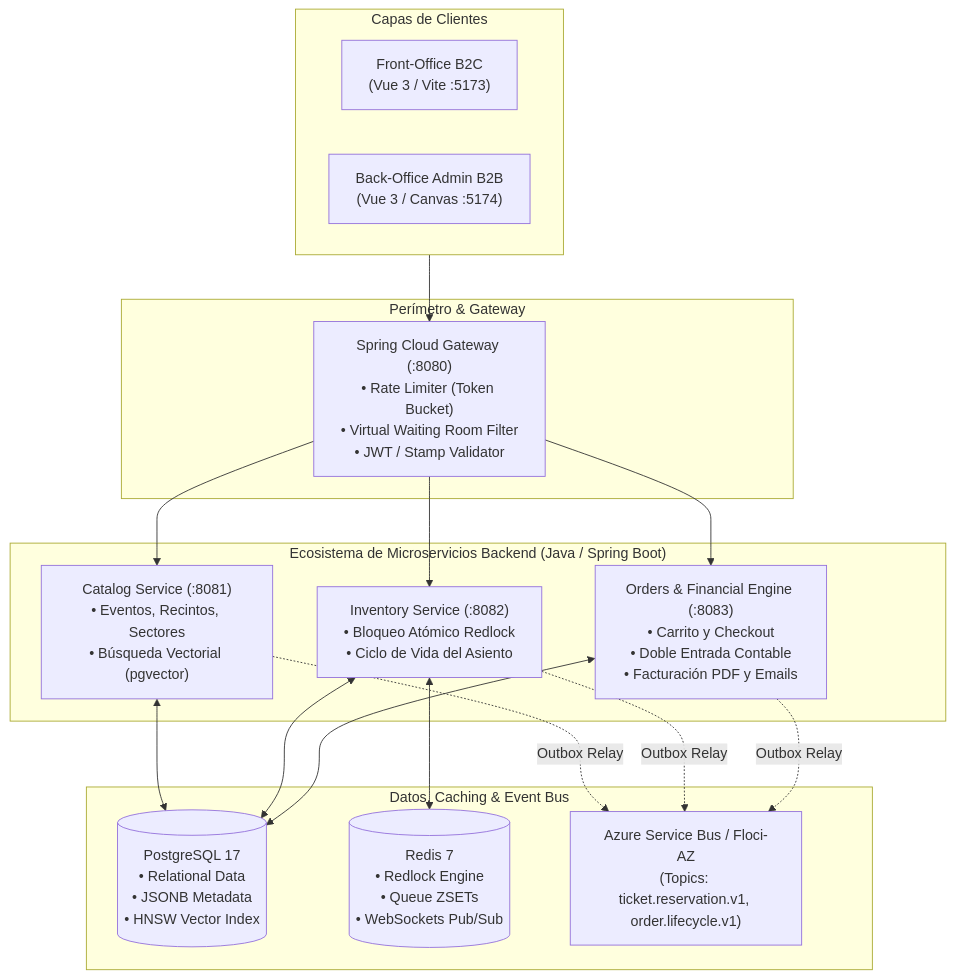
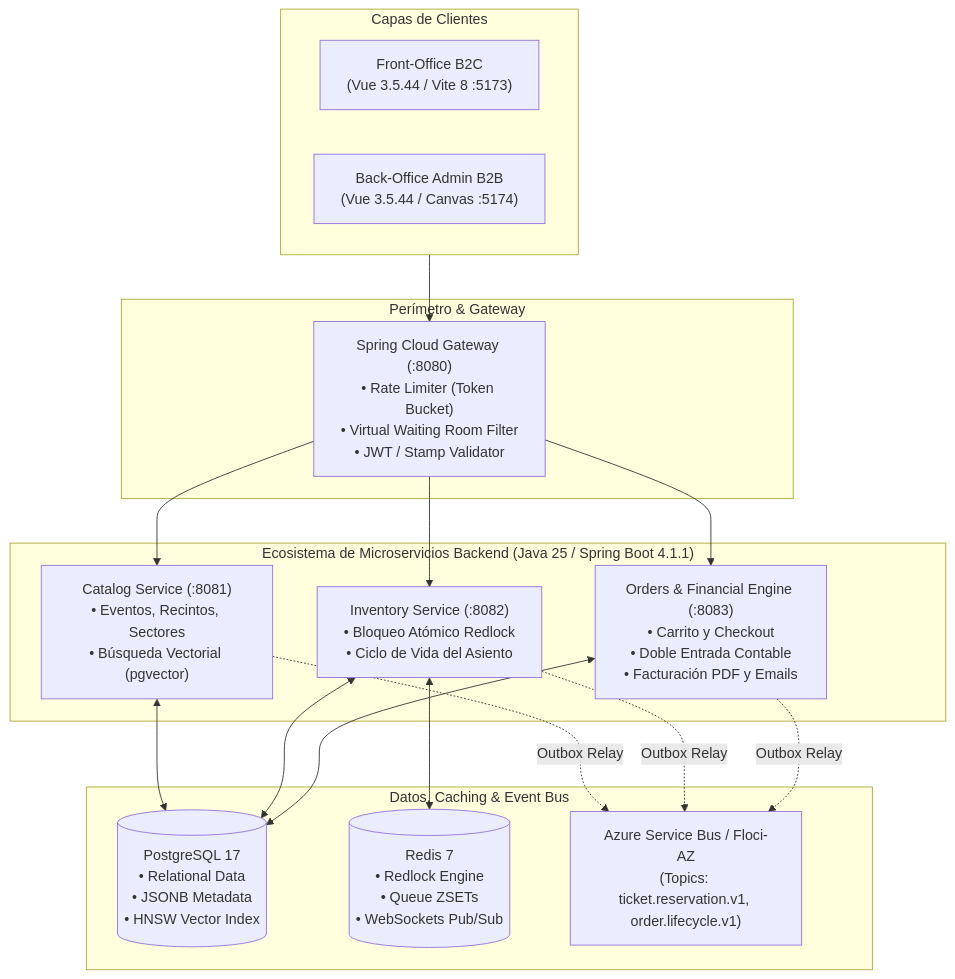
The diagram in README.md (maaaseee/Hibana-ticketing-platform), drawn with Mermaid before and after one commit. The commit also changed other lines of this file, not shown here.

````diff
--- a/README.md
+++ b/README.md
@@ -67,37 +67,37 @@
 ```mermaid
 flowchart TD
     subgraph Clients["Capas de Clientes"]
-        B2C["Front-Office B2C<br/>(Vue 3 / Vite :5173)"]
-        B2B["Back-Office Admin B2B<br/>(Vue 3 / Canvas :5174)"]
+        B2C["Front-Office B2C<br/>(Vue 3.5.44 / Vite 8 :5173)"]
+        B2B["Back-Office Admin B2B<br/>(Vue 3.5.44 / Canvas :5174)"]
     end
 
     subgraph Edge["Perímetro & Gateway"]
         Gateway["Spring Cloud Gateway (:8080)<br/>• Rate Limiter (Token Bucket)<br/>• Virtual Waiting Room Filter<br/>• JWT / Stamp Validator"]
     end
 
-    subgraph Microservices["Ecosistema de Microservicios Backend (Java / Spring Boot)"]
+    subgraph Microservices["Ecosistema de Microservicios Backend (Java 25 / Spring Boot 4.1.1)"]
         Catalog["Catalog Service (:8081)<br/>• Eventos, Recintos, Sectores<br/>• Búsqueda Vectorial (pgvector)"]
         Inventory["Inventory Service (:8082)<br/>• Bloqueo Atómico Redlock<br/>• Ciclo de Vida del Asiento"]
         Orders["Orders & Financial Engine (:8083)<br/>• Carrito y Checkout<br/>• Doble Entrada Contable<br/>• Facturación PDF y Emails"]
     end
 
     subgraph StateAndMessaging["Datos, Caching & Event Bus"]
         PG[("PostgreSQL 17<br/>• Relational Data<br/>• JSONB Metadata<br/>• HNSW Vector Index")]
         Redis[("Redis 7<br/>• Redlock Engine<br/>• Queue ZSETs<br/>• WebSockets Pub/Sub")]
         ServiceBus["Azure Service Bus / Floci-AZ<br/>(Topics: ticket.reservation.v1, order.lifecycle.v1)"]
     end
 
     Clients --> Gateway
     Gateway --> Catalog
     Gateway --> Inventory
     Gateway --> Orders
 
     Inventory <--> Redis
     Catalog <--> PG
     Inventory <--> PG
     Orders <--> PG
 
     Catalog -.->|Outbox Relay| ServiceBus
     Inventory -.->|Outbox Relay| ServiceBus
     Orders -.->|Outbox Relay| ServiceBus
 ```
````
